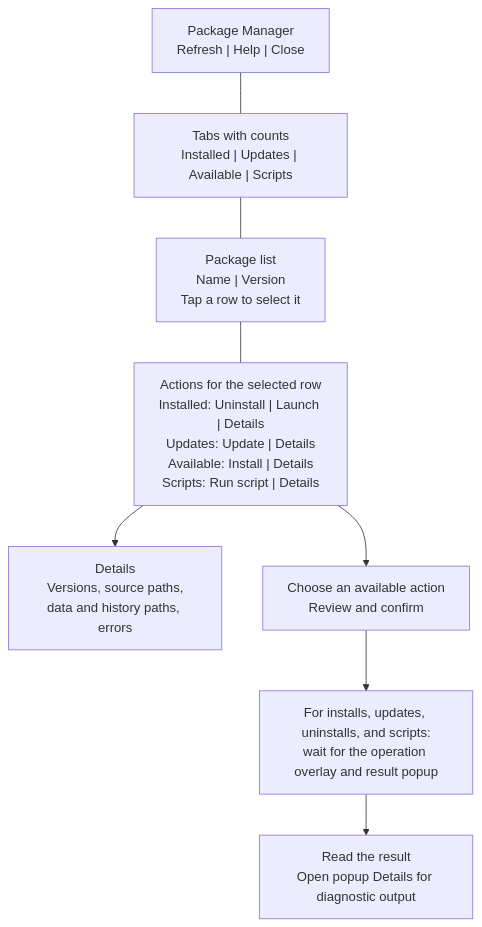
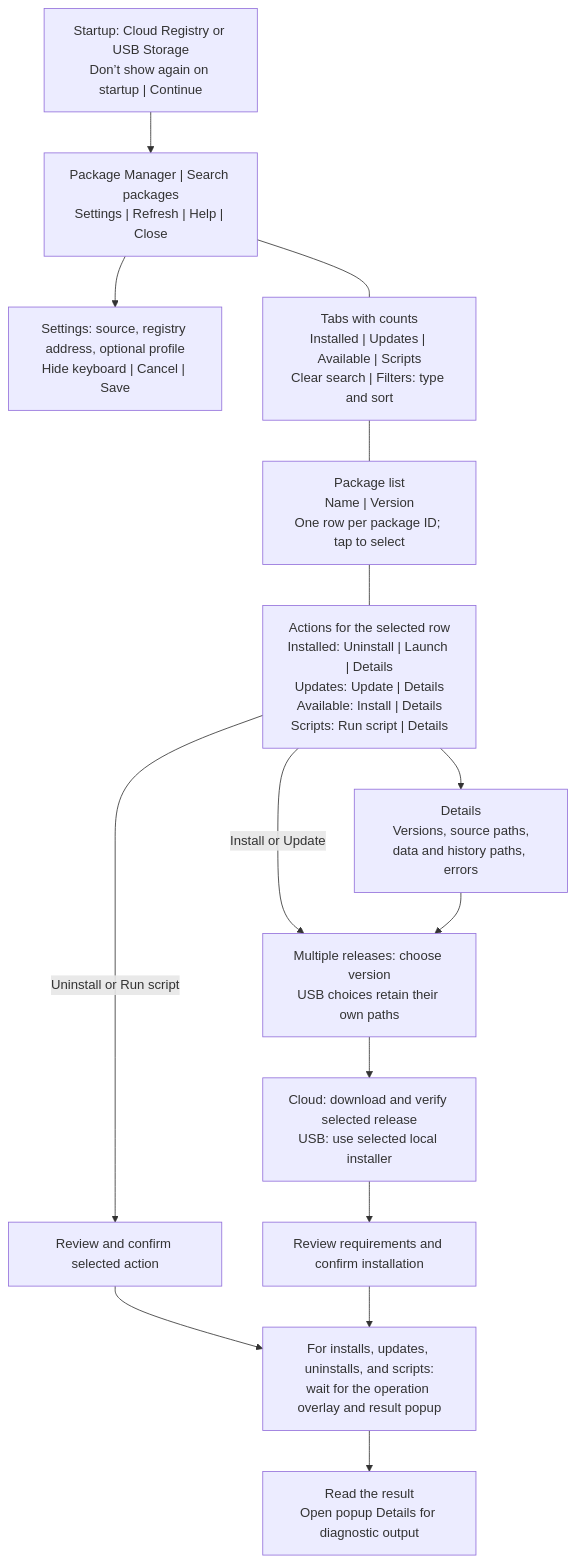
Before and after one commit to hmason55/nemesis-package-manager: the fourth of 10 diagrams in docs/WORKFLOW-REFERENCE.md, drawn with Mermaid. The commit also changed other lines of this file and 47 other files, not shown here.

````diff
--- a/docs/WORKFLOW-REFERENCE.md
+++ b/docs/WORKFLOW-REFERENCE.md
@@ -53,12 +75,19 @@
 ```mermaid
 flowchart TB
-    header["Package Manager<br/>Refresh | Help | Close"]
-    tabs["Tabs with counts<br/>Installed | Updates | Available | Scripts"]
-    list["Package list<br/>Name | Version<br/>Tap a row to select it"]
+    startup["Startup: Cloud Registry or USB Storage<br/>Don’t show again on startup | Continue"]
+    startup --> header["Package Manager | Search packages<br/>Settings | Refresh | Help | Close"]
+    header --> settings["Settings: source, registry address, optional profile<br/>Hide keyboard | Cancel | Save"]
+    tabs["Tabs with counts<br/>Installed | Updates | Available | Scripts<br/>Clear search | Filters: type and sort"]
+    list["Package list<br/>Name | Version<br/>One row per package ID; tap to select"]
     actions["Actions for the selected row<br/>Installed: Uninstall | Launch | Details<br/>Updates: Update | Details<br/>Available: Install | Details<br/>Scripts: Run script | Details"]
     header --- tabs --- list --- actions
     actions --> info["Details<br/>Versions, source paths,<br/>data and history paths, errors"]
-    actions --> confirm["Choose an available action<br/>Review and confirm"]
+    actions -->|Install or Update| versions["Multiple releases: choose version<br/>USB choices retain their own paths"]
+    versions --> acquire["Cloud: download and verify selected release<br/>USB: use selected local installer"]
+    acquire --> confirm["Review requirements and confirm installation"]
+    info --> versions
+    actions -->|Uninstall or Run script| direct["Review and confirm selected action"]
+    direct --> wait
     confirm --> wait["For installs, updates, uninstalls, and scripts:<br/>wait for the operation overlay and result popup"]
     wait --> result["Read the result<br/>Open popup Details for diagnostic output"]
 ```
````
